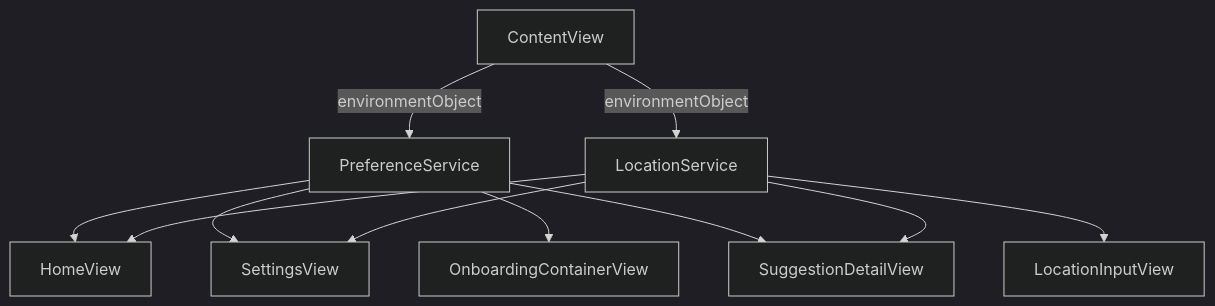
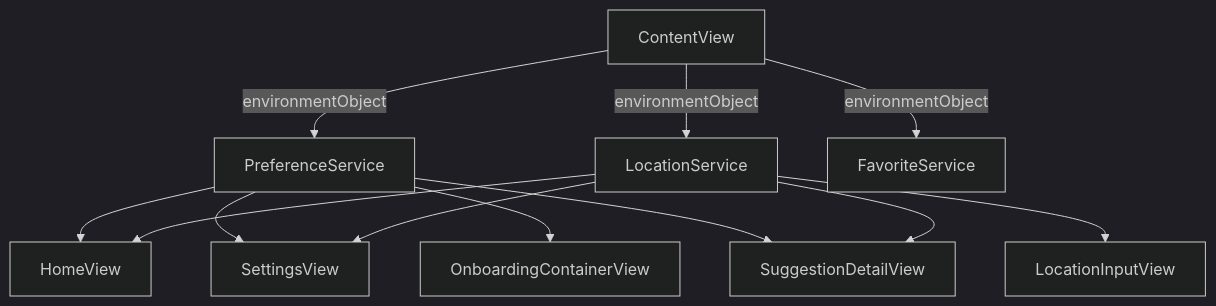
One commit to Ken-Miyamura/serendipity-planner changed the third of 3 diagrams in docs/architecture/data-flow.md. Above: the diagram before and after it, drawn with Mermaid (dark theme). The commit also changed other lines of this file and 4 other files, not shown here.

````diff
--- a/docs/architecture/data-flow.md
+++ b/docs/architecture/data-flow.md
@@ -149,15 +151,16 @@
 ```mermaid
 graph TD
     CV[ContentView] -->|environmentObject| PFS[PreferenceService]
     CV -->|environmentObject| LS[LocationService]
+    CV -->|environmentObject| FS[FavoriteService]
 
     PFS --> HV[HomeView]
     PFS --> SV[SettingsView]
     PFS --> OV[OnboardingContainerView]
     PFS --> SDV[SuggestionDetailView]
 
     LS --> HV
     LS --> SV
     LS --> SDV
     LS --> LIV[LocationInputView]
 ```
````
